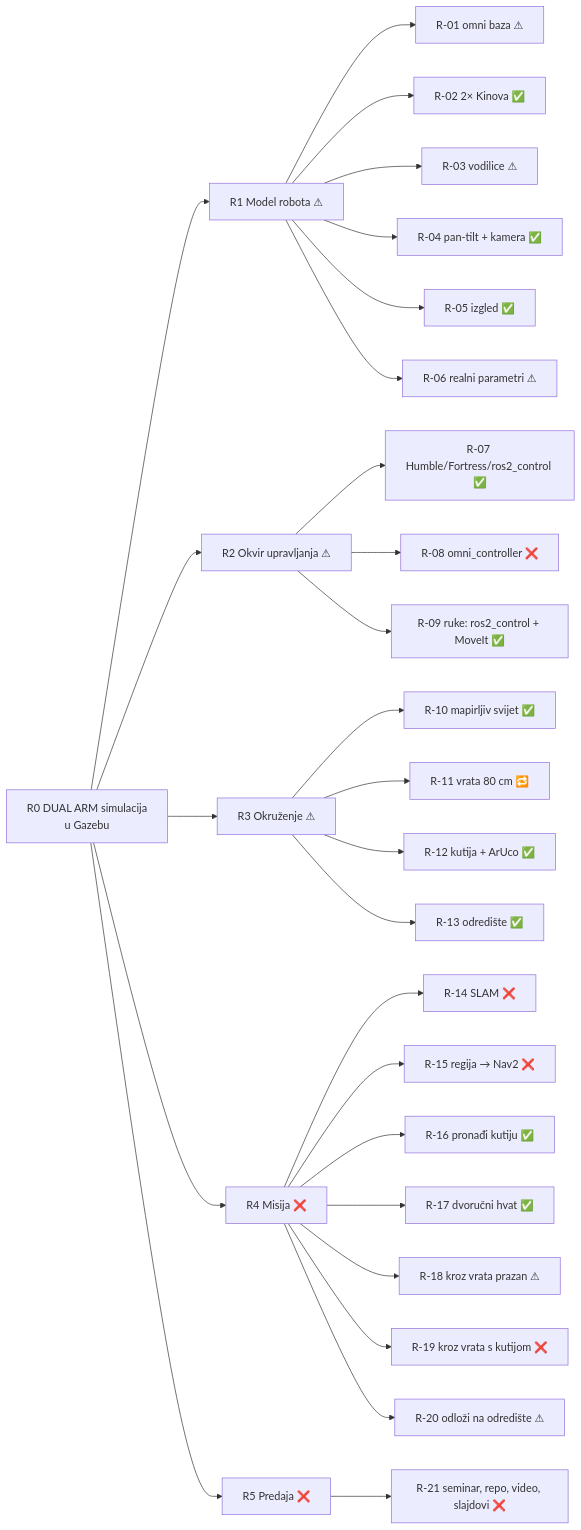
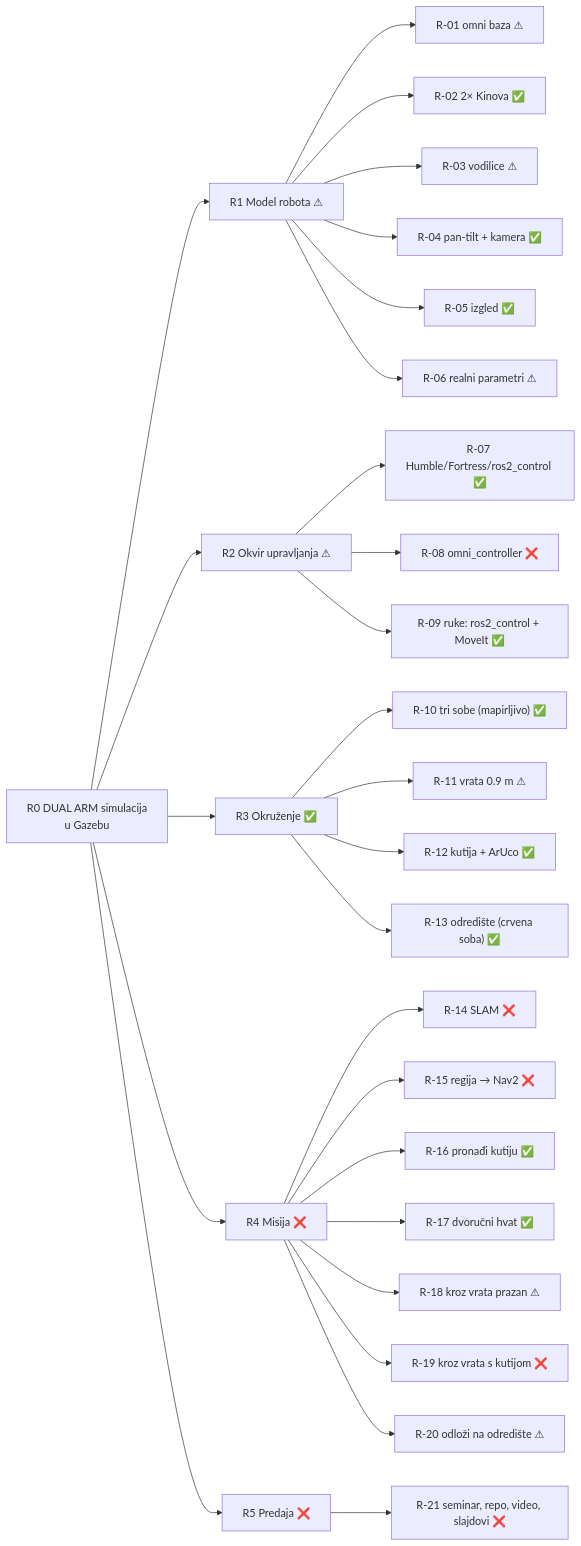
Before and after one commit to KxHartl/PAS-DUAL-ARM: the diagram in notes/00_MAPA.md, drawn with Mermaid. The commit also changed other lines of this file and 25 other files, not shown here.

````diff
--- a/notes/00_MAPA.md
+++ b/notes/00_MAPA.md
@@ -21,14 +25,14 @@
 ```mermaid
 flowchart LR
   R0["R0 DUAL ARM simulacija<br/>u Gazebu"]
   R0 --> G1["R1 Model robota ⚠"]
   R0 --> G2["R2 Okvir upravljanja ⚠"]
-  R0 --> G3["R3 Okruženje ⚠"]
+  R0 --> G3["R3 Okruženje ✅"]
   R0 --> G4["R4 Misija ❌"]
   R0 --> G5["R5 Predaja ❌"]
   G1 --> R01["R-01 omni baza ⚠"] & R02["R-02 2× Kinova ✅"] & R03["R-03 vodilice ⚠"] & R04["R-04 pan-tilt + kamera ✅"] & R05["R-05 izgled ✅"] & R06["R-06 realni parametri ⚠"]
   G2 --> R07["R-07 Humble/Fortress/ros2_control ✅"] & R08["R-08 omni_controller ❌"] & R09["R-09 ruke: ros2_control + MoveIt ✅"]
-  G3 --> R10["R-10 mapirljiv svijet ✅"] & R11["R-11 vrata 80 cm 🔁"] & R12["R-12 kutija + ArUco ✅"] & R13["R-13 odredište ✅"]
+  G3 --> R10["R-10 tri sobe (mapirljivo) ✅"] & R11["R-11 vrata 0.9 m ⚠"] & R12["R-12 kutija + ArUco ✅"] & R13["R-13 odredište (crvena soba) ✅"]
   G4 --> R14["R-14 SLAM ❌"] & R15["R-15 regija → Nav2 ❌"] & R16["R-16 pronađi kutiju ✅"] & R17["R-17 dvoručni hvat ✅"] & R18["R-18 kroz vrata prazan ⚠"] & R19["R-19 kroz vrata s kutijom ❌"] & R20["R-20 odloži na odredište ⚠"]
   G5 --> R21["R-21 seminar, repo, video, slajdovi ❌"]
 ```
````
